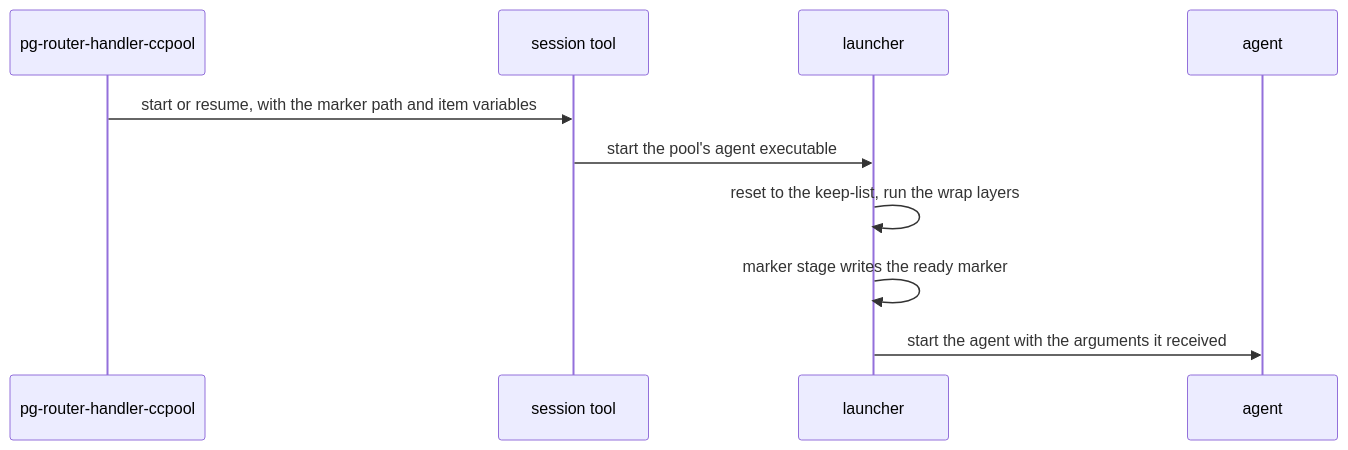
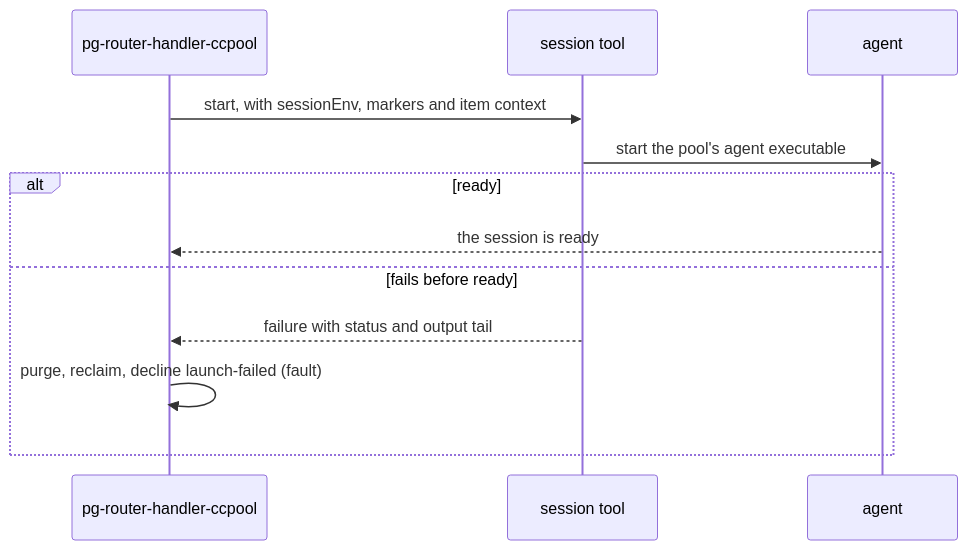
The diagram in packages/pg-router-ccpool-handler/docs/behavior/pg-router-handler-ccpool/journeys.md (phillipgreenii/nix-agent-support), drawn with Mermaid before and after one commit. The commit also changed other lines of this file and 18 other files, not shown here.

First line of the commit message:
docs(pg-router-ccpool-handler): handler behavior sets without wrap; sessionEnv, pre-ready decline, decline kinds, validate (pg2-12gr4.8.17)

````diff
--- a/packages/pg-router-ccpool-handler/docs/behavior/pg-router-handler-ccpool/journeys.md
+++ b/packages/pg-router-ccpool-handler/docs/behavior/pg-router-handler-ccpool/journeys.md
@@ -64,12 +73,14 @@
 ```mermaid
 sequenceDiagram
     participant A as pg-router-handler-ccpool
     participant S as session tool
-    participant L as launcher
     participant G as agent
-    A->>S: start or resume, with the marker path and item variables
-    S->>L: start the pool's agent executable
-    L->>L: reset to the keep-list, run the wrap layers
-    L->>L: marker stage writes the ready marker
-    L->>G: start the agent with the arguments it received
+    A->>S: start, with sessionEnv, markers and item context
+    S->>G: start the pool's agent executable
+    alt ready
+      G-->>A: the session is ready
+    else fails before ready
+      S-->>A: failure with status and output tail
+      A->>A: purge, reclaim, decline launch-failed (fault)
+    end
 ```
````
